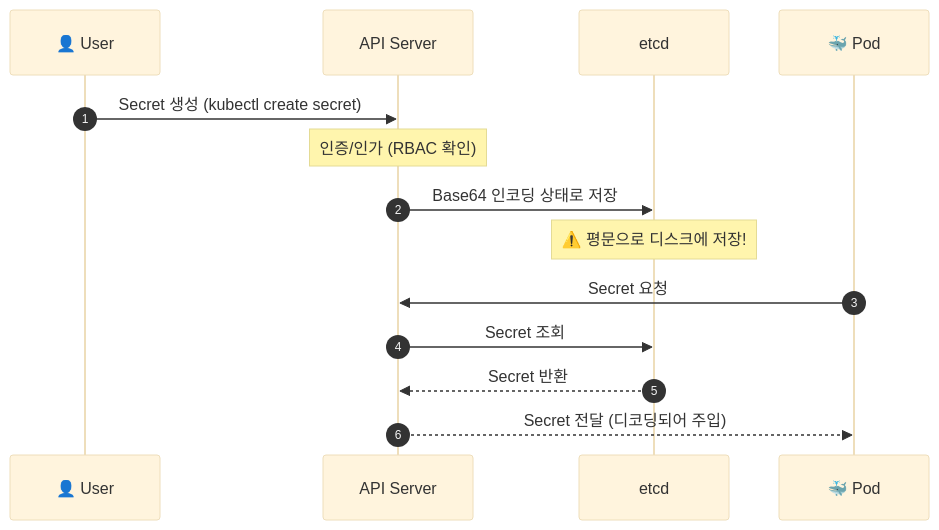
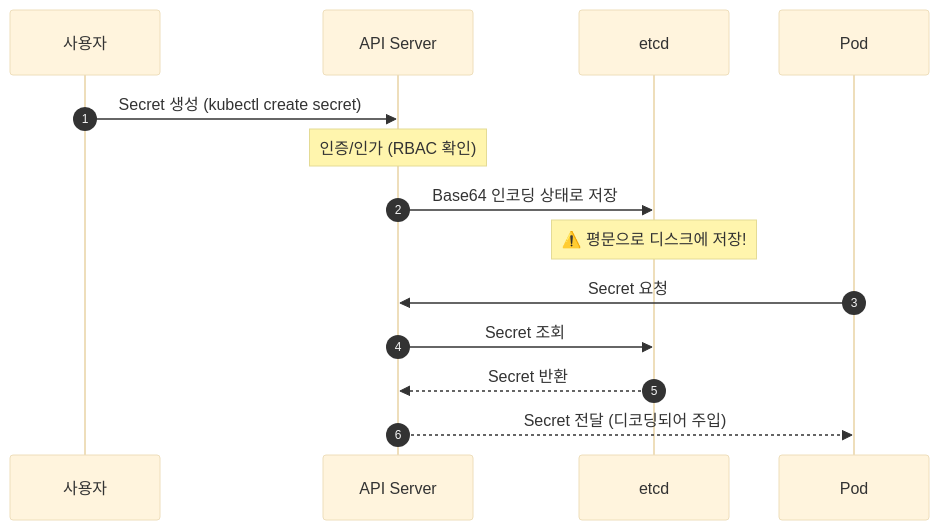
One commit to vanillacake369/vanillacake369.github.io changed the third of 4 diagrams in src/content/posts/CKA - Workload 관리 Deployment ConfigMap Secret.md. Above: the diagram before and after it, drawn with Mermaid (base theme). The commit also changed other lines of this file and 76 other files, not shown here.

````diff
--- a/src/content/posts/CKA - Workload 관리 Deployment ConfigMap Secret.md
+++ b/src/content/posts/CKA - Workload 관리 Deployment ConfigMap Secret.md
@@ -216,17 +337,17 @@
 ```mermaid
 sequenceDiagram
     autonumber
-    participant User as 👤 User
+    participant User as 사용자
     participant API as API Server
     participant ETCD as etcd
-    participant Pod as 🐳 Pod
+    participant Pod as Pod
 
     User->>API: Secret 생성 (kubectl create secret)
     Note over API: 인증/인가 (RBAC 확인)
     API->>ETCD: Base64 인코딩 상태로 저장
     Note over ETCD: ⚠️ 평문으로 디스크에 저장!
     Pod->>API: Secret 요청
     API->>ETCD: Secret 조회
     ETCD-->>API: Secret 반환
     API-->>Pod: Secret 전달 (디코딩되어 주입)
 ```
````
